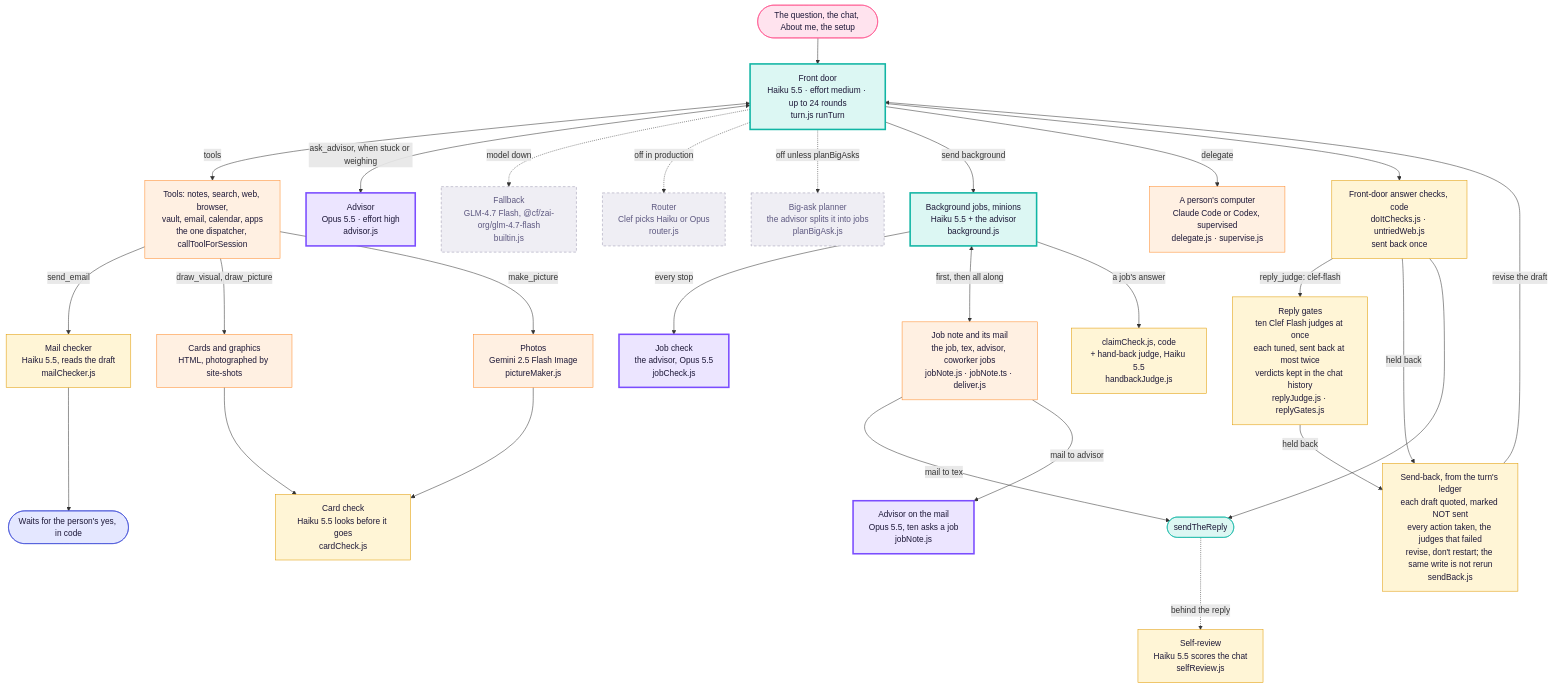
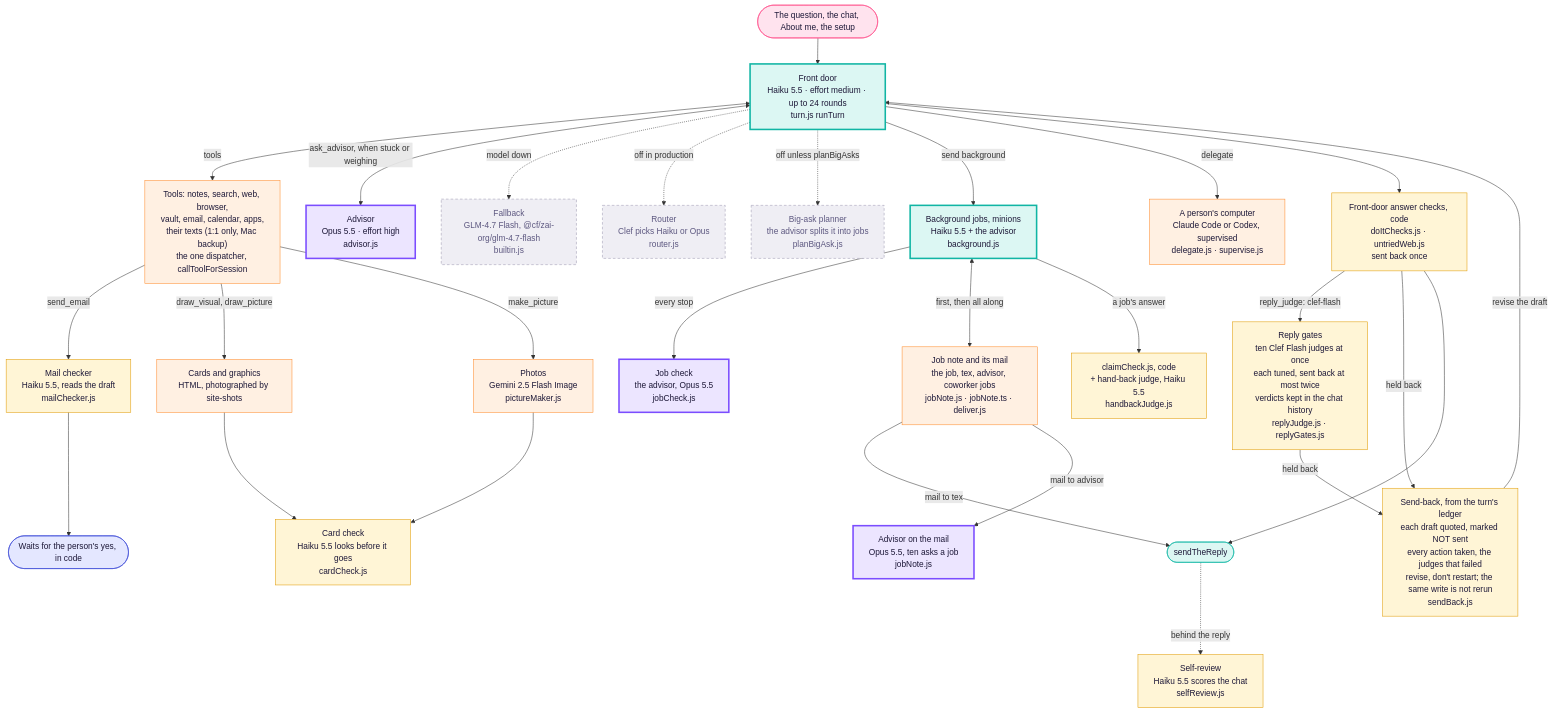
One commit to Supa-Media/context changed the third of 3 diagrams in docs/architecture/tex.md. Above: the diagram before and after it, drawn with Mermaid. The commit also changed other lines of this file and 5 other files, not shown here.

First line of the commit message:
Let a 1:1 Tex turn read the person's own texts from the Mac backup

````diff
--- a/docs/architecture/tex.md
+++ b/docs/architecture/tex.md
@@ -111,42 +111,42 @@
 ```mermaid
 flowchart TB
   Q([The question, the chat, About me, the setup]):::you --> FD
   FD["Front door<br/>Haiku 5.5 · effort medium · up to 24 rounds<br/>turn.js runTurn"]:::haiku
-  FD <-->|tools| T["Tools: notes, search, web, browser,<br/>vault, email, calendar, apps<br/>the one dispatcher, callToolForSession"]:::tool
+  FD <-->|tools| T["Tools: notes, search, web, browser,<br/>vault, email, calendar, apps,<br/>their texts (1:1 only, Mac backup)<br/>the one dispatcher, callToolForSession"]:::tool
   FD <-->|ask_advisor, when stuck or weighing| ADV["Advisor<br/>Opus 5.5 · effort high<br/>advisor.js"]:::opus
   FD -. model down .-> FB["Fallback<br/>GLM-4.7 Flash, @cf/zai-org/glm-4.7-flash<br/>builtin.js"]:::off
   FD -. off in production .-> RT["Router<br/>Clef picks Haiku or Opus<br/>router.js"]:::off
   FD -. off unless planBigAsks .-> PL["Big-ask planner<br/>the advisor splits it into jobs<br/>planBigAsk.js"]:::off
 
   FD -->|send background| JOB["Background jobs, minions<br/>Haiku 5.5 + the advisor<br/>background.js"]:::haiku
   JOB -->|every stop| JC["Job check<br/>the advisor, Opus 5.5<br/>jobCheck.js"]:::opus
   JOB <-->|first, then all along| JN["Job note and its mail<br/>the job, tex, advisor, coworker jobs<br/>jobNote.js · jobNote.ts · deliver.js"]:::tool
   JN -->|mail to tex| SEND
   JN -->|mail to advisor| JNA["Advisor on the mail<br/>Opus 5.5, ten asks a job<br/>jobNote.js"]:::opus
   JOB -->|a job's answer| JCK["claimCheck.js, code<br/>+ hand-back judge, Haiku 5.5<br/>handbackJudge.js"]:::judge
   FD -->|delegate| DL["A person's computer<br/>Claude Code or Codex, supervised<br/>delegate.js · supervise.js"]:::tool
 
   T -->|send_email| MC["Mail checker<br/>Haiku 5.5, reads the draft<br/>mailChecker.js"]:::judge
   MC --> YES([Waits for the person's yes, in code]):::rail
   T -->|draw_visual, draw_picture| PIC["Cards and graphics<br/>HTML, photographed by site-shots"]:::tool
   T -->|make_picture| IMG["Photos<br/>Gemini 2.5 Flash Image<br/>pictureMaker.js"]:::tool
   PIC --> CC["Card check<br/>Haiku 5.5 looks before it goes<br/>cardCheck.js"]:::judge
   IMG --> CC
 
   FD --> CHK["Front-door answer checks, code<br/>doItChecks.js · untriedWeb.js<br/>sent back once"]:::judge
   CHK -->|reply_judge: clef-flash| RJ["Reply gates<br/>ten Clef Flash judges at once<br/>each tuned, sent back at most twice<br/>verdicts kept in the chat history<br/>replyJudge.js · replyGates.js"]:::judge
   CHK -->|held back| SB["Send-back, from the turn's ledger<br/>each draft quoted, marked NOT sent<br/>every action taken, the judges that failed<br/>revise, don't restart; the same write is not rerun<br/>sendBack.js"]:::judge
   RJ -->|held back| SB
   SB -->|revise the draft| FD
   CHK --> SEND([sendTheReply]):::door
   SEND -. behind the reply .-> SR["Self-review<br/>Haiku 5.5 scores the chat<br/>selfReview.js"]:::judge
 
   classDef you fill:#ffe3ee,stroke:#ff4f8b,color:#1d1838
   classDef haiku fill:#dcf7f3,stroke:#11b5a4,stroke-width:3px,color:#1d1838
   classDef opus fill:#ece5ff,stroke:#7b4dff,stroke-width:3px,color:#1d1838
   classDef judge fill:#fff5d6,stroke:#e09a00,color:#1d1838
   classDef tool fill:#fff0e2,stroke:#ff8a2a,color:#1d1838
   classDef rail fill:#e4e7ff,stroke:#3c4bd6,color:#1d1838
   classDef door fill:#dcf7f3,stroke:#11b5a4,color:#1d1838
   classDef off fill:#efeef4,stroke:#9a97b0,stroke-dasharray:5 4,color:#5d5880
 ```
````
